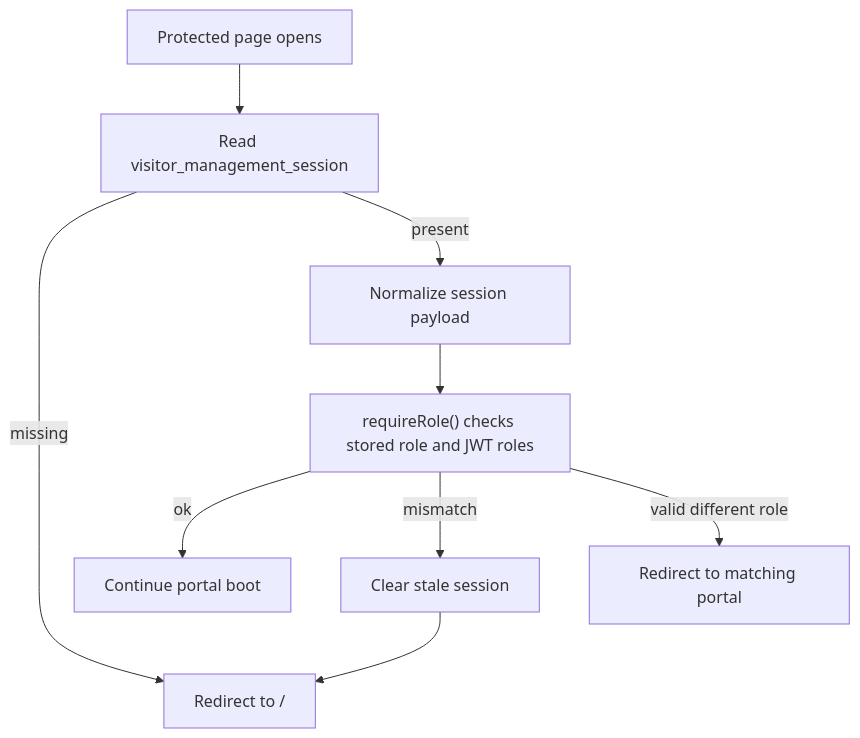
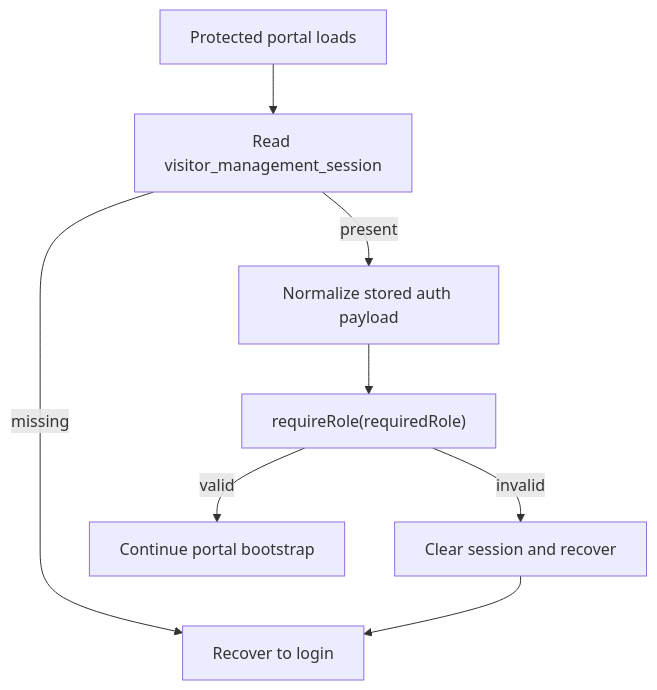
One commit to digitaldodo/visitor-management-system changed the eighth of 42 diagrams in PROJECT_OVERVIEW.md. Above: the diagram before and after it, drawn with Mermaid. The commit also changed other lines of this file and 1 other file, not shown here.

````diff
--- a/PROJECT_OVERVIEW.md
+++ b/PROJECT_OVERVIEW.md
@@ -191,11 +254,10 @@
 ```mermaid
 flowchart TD
-    Open["Protected page opens"] --> Stored["Read visitor_management_session"]
-    Stored -->|missing| Login["Redirect to /"]
-    Stored -->|present| Normalize["Normalize session payload"]
-    Normalize --> Role["requireRole() checks stored role and JWT roles"]
-    Role -->|ok| Portal["Continue portal boot"]
-    Role -->|mismatch| Clear["Clear stale session"]
+    Open["Protected portal loads"] --> Read["Read visitor_management_session"]
+    Read -->|missing| Login["Recover to login"]
+    Read -->|present| Normalize["Normalize stored auth payload"]
+    Normalize --> RoleCheck["requireRole(requiredRole)"]
+    RoleCheck -->|valid| Portal["Continue portal bootstrap"]
+    RoleCheck -->|invalid| Clear["Clear session and recover"]
     Clear --> Login
-    Role -->|valid different role| Redirect["Redirect to matching portal"]
 ```
````
